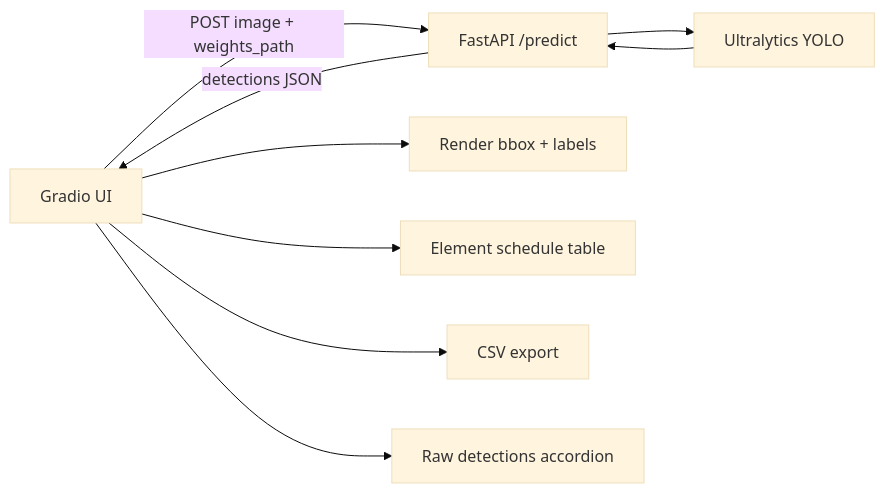
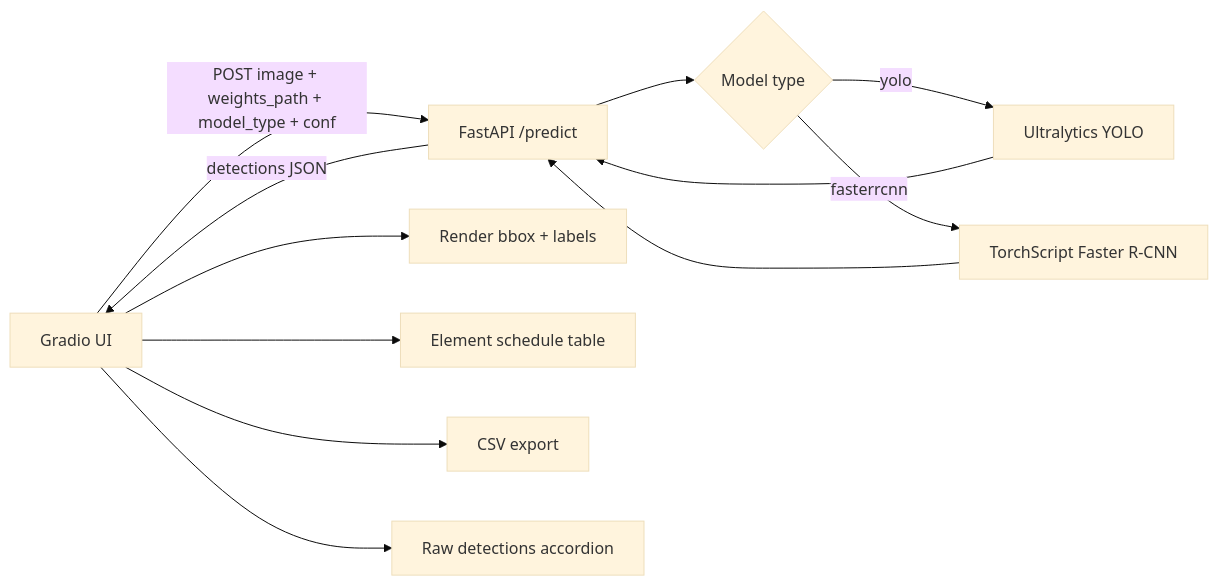
The diagram in README.md (anngrrr/planparser), drawn with Mermaid (base theme) before and after one commit. The commit also changed other lines of this file, not shown here.

Commit message:
Readme update

`````diff
--- a/README.md
+++ b/README.md
@@ -50,11 +50,14 @@
 ````mermaid
 flowchart LR
-  A[Gradio UI] -->|POST image + weights_path| B[FastAPI /predict]
-  B --> C[Ultralytics YOLO]
-  C --> B
+  A[Gradio UI] -->|POST image + weights_path + model_type + conf| B[FastAPI /predict]
+  B --> C{Model type}
+  C -->|yolo| D[Ultralytics YOLO]
+  C -->|fasterrcnn| E[TorchScript Faster R-CNN]
+  D --> B
+  E --> B
   B -->|detections JSON| A
-  A --> D[Render bbox + labels]
-  A --> E[Element schedule table]
-  A --> F[CSV export]
-  A --> G[Raw detections accordion]
+  A --> F[Render bbox + labels]
+  A --> G[Element schedule table]
+  A --> H[CSV export]
+  A --> I[Raw detections accordion]
 ````
`````
